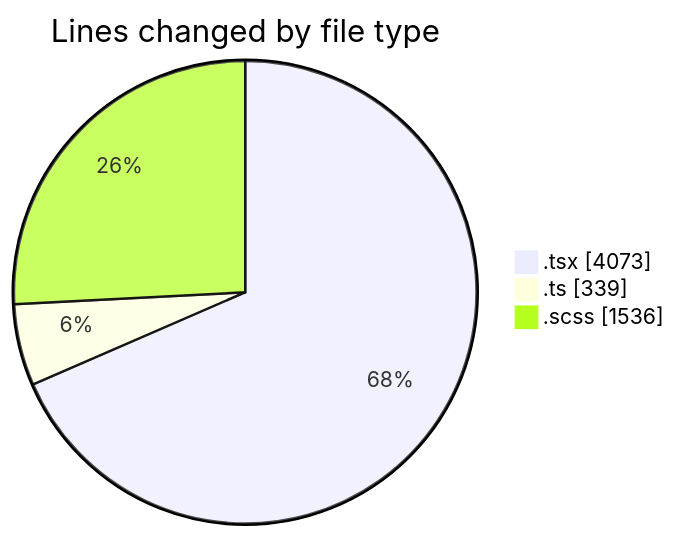
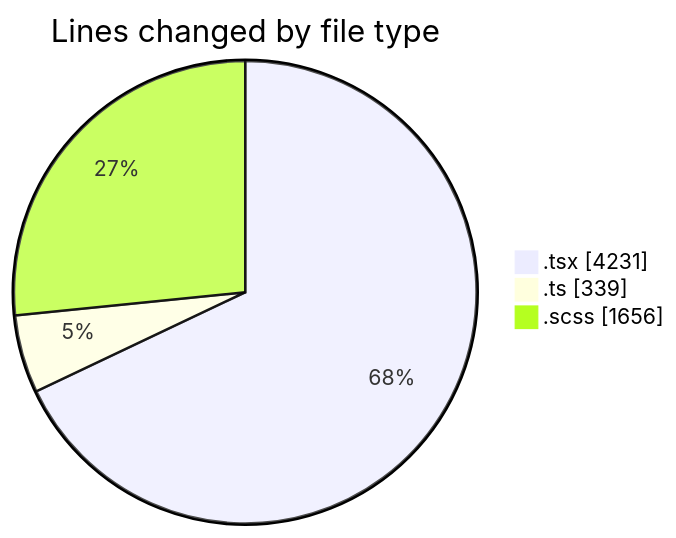
Before and after one commit to momahboobian/code-tracking: the first of 2 diagrams in 2025-07-08/cda/README.md, drawn with Mermaid. The commit also changed other lines of this file and 1 other file, not shown here.

````diff
--- a/2025-07-08/cda/README.md
+++ b/2025-07-08/cda/README.md
@@ -48,7 +48,7 @@
 ```mermaid
 pie showData
 title Lines changed by file type
-".tsx" : 4073
+".tsx" : 4231
 ".ts" : 339
-".scss" : 1536
+".scss" : 1656
 ```
````
